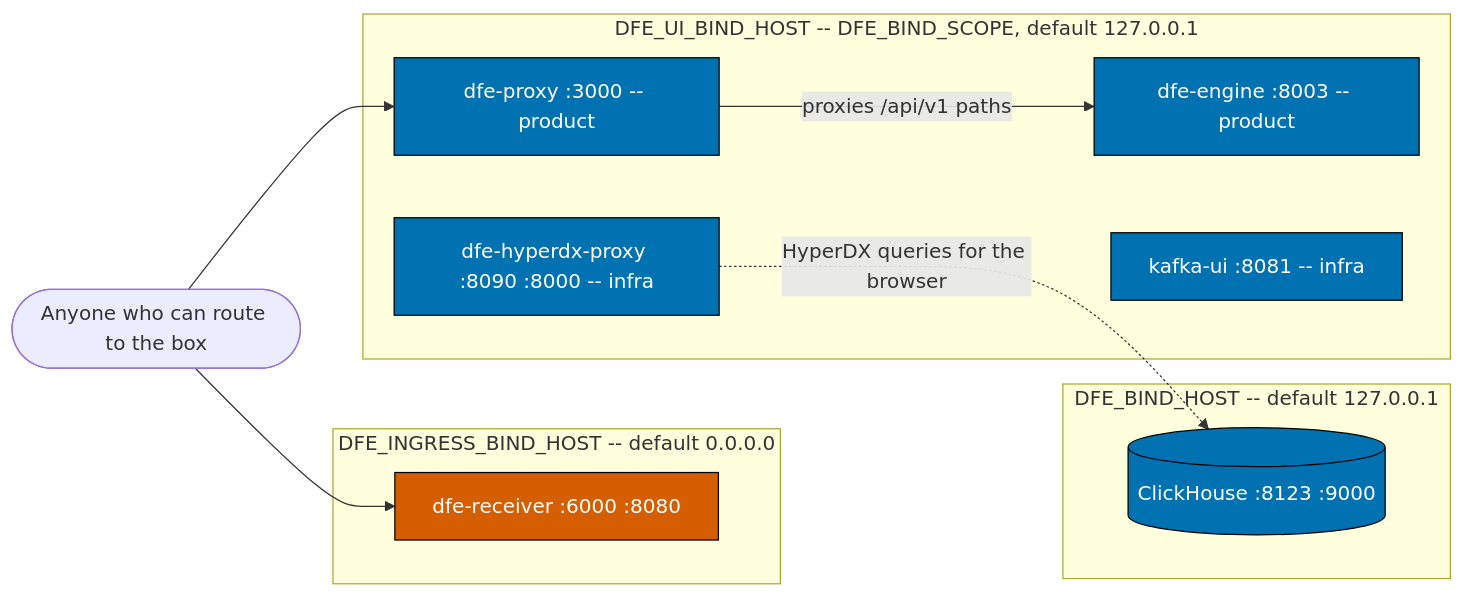
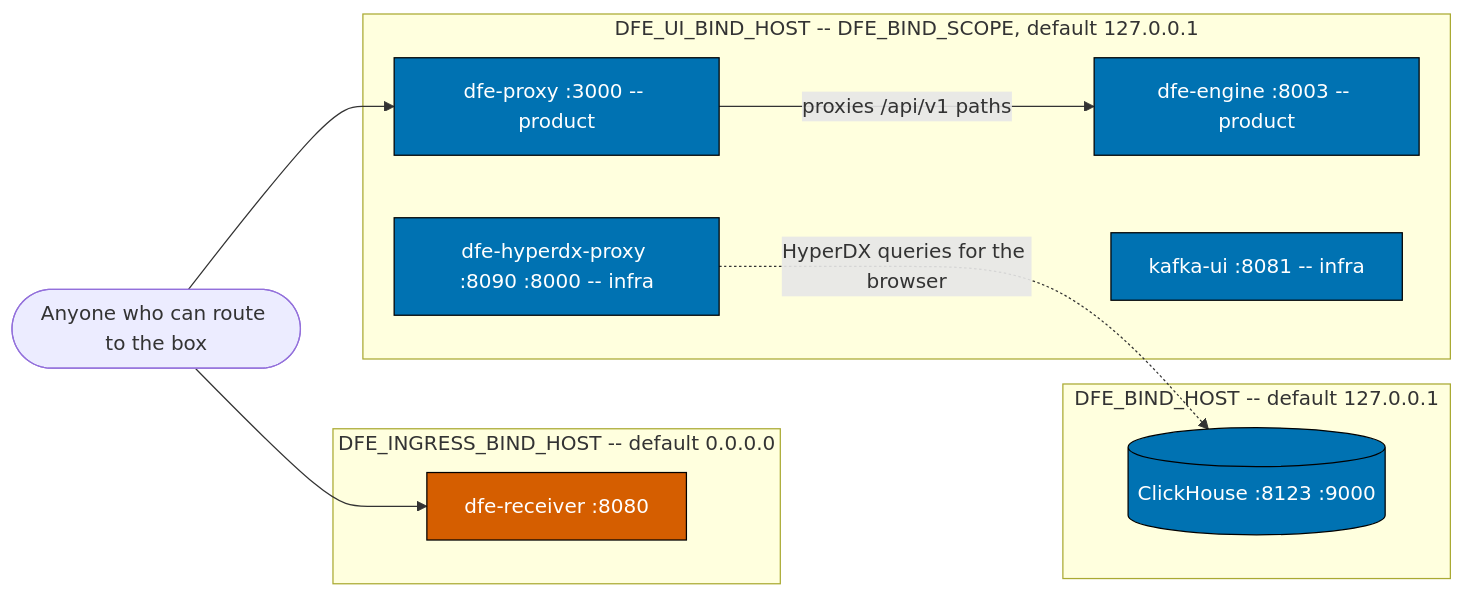
Before and after one commit to hyperi-io/dfe-docker: the diagram in docs/operating.md, drawn with Mermaid. The commit also changed other lines of this file and 27 other files, not shown here.

````diff
--- a/docs/operating.md
+++ b/docs/operating.md
@@ -55,29 +55,29 @@
 ```mermaid
 flowchart LR
     user(["Anyone who can route to the box"])
 
     subgraph ingress["DFE_INGRESS_BIND_HOST -- default 0.0.0.0"]
-        recv["dfe-receiver :6000 :8080"]
+        recv["dfe-receiver :8080"]
     end
 
     subgraph uis["DFE_UI_BIND_HOST -- DFE_BIND_SCOPE, default 127.0.0.1"]
         proxy["dfe-proxy :3000 -- product"]
         engine["dfe-engine :8003 -- product"]
         kafbat["kafka-ui :8081 -- infra"]
         hdx["dfe-hyperdx-proxy :8090 :8000 -- infra"]
     end
 
     subgraph operator["DFE_BIND_HOST -- default 127.0.0.1"]
         ch[(ClickHouse :8123 :9000)]
     end
 
     user --> recv
     user --> proxy
     proxy -->|proxies /api/v1 paths| engine
     hdx -.->|HyperDX queries for the browser| ch
 
     classDef open fill:#D55E00,color:#ffffff,stroke:#000000
     classDef loop fill:#0072B2,color:#ffffff,stroke:#000000
     class recv open
     class proxy,engine,kafbat,hdx,ch loop
 ```
````
